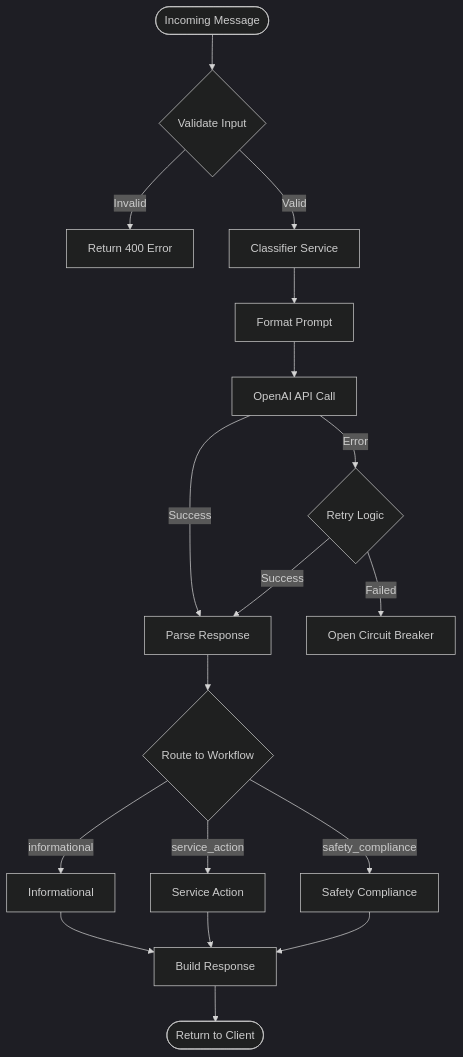
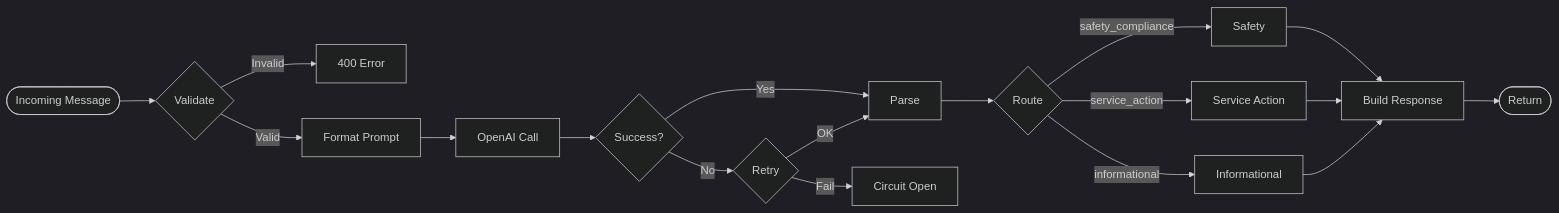
The third of 3 diagrams in docs/architecture.md (kvasilopoulos/contact-center), drawn with Mermaid (dark theme) before and after one commit. The commit also changed other lines of this file and 13 other files, not shown here.

````diff
--- a/docs/architecture.md
+++ b/docs/architecture.md
@@ -67,25 +78,20 @@
 ```mermaid
-flowchart TD
-    Start([Incoming Message]) --> Validate{Validate Input}
-    Validate -->|Invalid| Error[Return 400 Error]
-    Validate -->|Valid| Classify[Classifier Service]
-    
-    Classify --> Format[Format Prompt]
-    Format --> LLM[OpenAI API Call]
-    
-    LLM -->|Success| Parse[Parse Response]
-    LLM -->|Error| Retry{Retry Logic}
-    Retry -->|Success| Parse
-    Retry -->|Failed| CircuitBreaker[Open Circuit Breaker]
-    
-    Parse --> Route{Route to Workflow}
-    Route -->|informational| InfoFlow[Informational]
-    Route -->|service_action| ServiceFlow[Service Action]
-    Route -->|safety_compliance| SafetyFlow[Safety Compliance]
-    
-    InfoFlow --> Response[Build Response]
-    ServiceFlow --> Response
-    SafetyFlow --> Response
-    
-    Response --> Return([Return to Client])
+flowchart LR
+    A([Incoming Message]) --> B{Validate}
+    B -->|Invalid| E1[400 Error]
+    B -->|Valid| C[Format Prompt]
+    C --> D[OpenAI Call]
+    D --> F{Success?}
+    F -->|No| G{Retry}
+    G -->|OK| H[Parse]
+    G -->|Fail| O[Circuit Open]
+    F -->|Yes| H
+    H --> I{Route}
+    I -->|informational| J[Informational]
+    I -->|service_action| K[Service Action]
+    I -->|safety_compliance| L[Safety]
+    J --> M[Build Response]
+    K --> M
+    L --> M
+    M --> N([Return])
 ```
````
